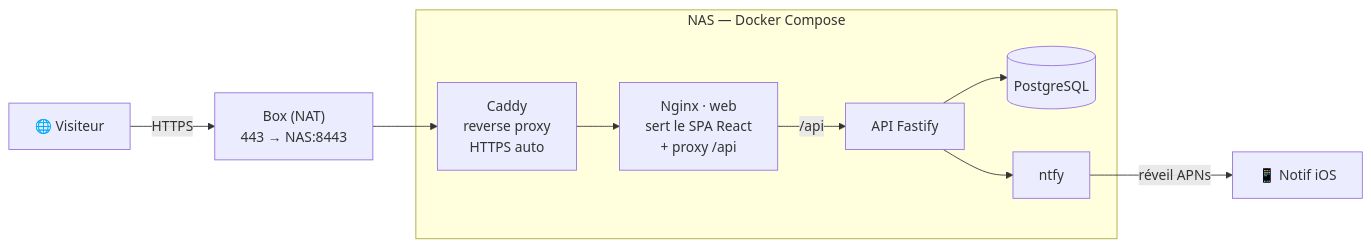
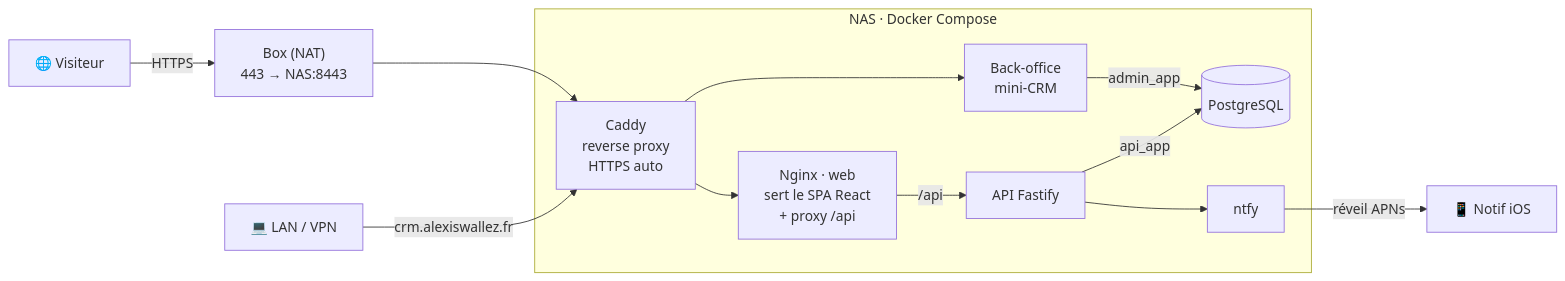
The diagram in README.md (AWallez/portfolio), drawn with Mermaid before and after one commit. The commit also changed other lines of this file and 1 other file, not shown here.

First line of the commit message:
docs: README à jour (back-office, CI, déploiement, sécurité)

````diff
--- a/README.md
+++ b/README.md
@@ -22,17 +23,21 @@
 ```mermaid
 flowchart LR
     U["🌐 Visiteur"] -->|HTTPS| Box["Box (NAT)<br/>443 → NAS:8443"]
-    subgraph NAS["NAS — Docker Compose"]
+    L["💻 LAN / VPN"] -->|crm.alexiswallez.fr| Caddy
+    subgraph NAS["NAS · Docker Compose"]
         Caddy["Caddy<br/>reverse proxy<br/>HTTPS auto"]
         Web["Nginx · web<br/>sert le SPA React<br/>+ proxy /api"]
         API["API Fastify"]
+        Admin["Back-office<br/>mini-CRM"]
         PG[("PostgreSQL")]
         Ntfy["ntfy"]
         Caddy --> Web
+        Caddy --> Admin
         Web -->|/api| API
-        API --> PG
+        API -->|api_app| PG
+        Admin -->|admin_app| PG
         API --> Ntfy
     end
     Box --> Caddy
     Ntfy -->|réveil APNs| Phone["📱 Notif iOS"]
 ```
````
